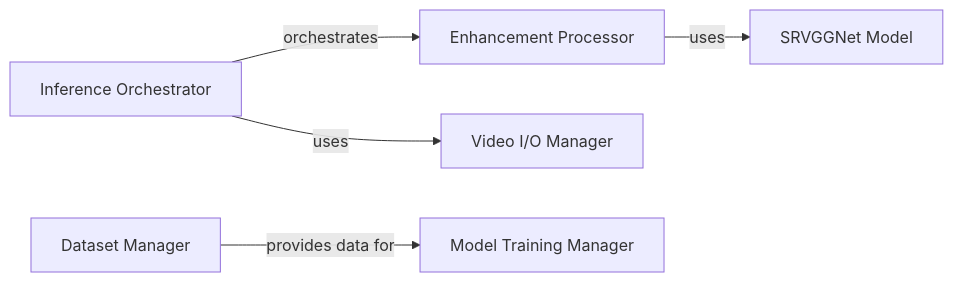
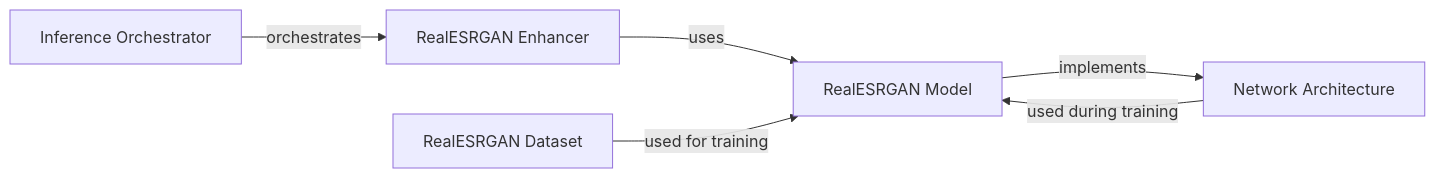
The diagram in Real-ESRGAN/on_boarding.md (CodeBoarding/GeneratedOnBoardings), drawn with Mermaid before and after one commit. The commit also changed other lines of this file and 10 other files, not shown here.

Commit message:
Uploading onboarding materials for Real-ESRGAN

````diff
--- a/Real-ESRGAN/on_boarding.md
+++ b/Real-ESRGAN/on_boarding.md
@@ -1,19 +1,18 @@
 ```mermaid
 graph LR
     Inference_Orchestrator["Inference Orchestrator"]
-    Enhancement_Processor["Enhancement Processor"]
-    SRVGGNet_Model["SRVGGNet Model"]
-    Video_I_O_Manager["Video I/O Manager"]
-    Dataset_Manager["Dataset Manager"]
-    Model_Training_Manager["Model Training Manager"]
-    Inference_Orchestrator -- "orchestrates" --> Enhancement_Processor
-    Inference_Orchestrator -- "uses" --> Video_I_O_Manager
-    Enhancement_Processor -- "uses" --> SRVGGNet_Model
-    Dataset_Manager -- "provides data for" --> Model_Training_Manager
+    RealESRGAN_Enhancer["RealESRGAN Enhancer"]
+    RealESRGAN_Model["RealESRGAN Model"]
+    Network_Architecture["Network Architecture"]
+    RealESRGAN_Dataset["RealESRGAN Dataset"]
+    Inference_Orchestrator -- "orchestrates" --> RealESRGAN_Enhancer
+    RealESRGAN_Enhancer -- "uses" --> RealESRGAN_Model
+    RealESRGAN_Model -- "implements" --> Network_Architecture
+    RealESRGAN_Dataset -- "used for training" --> RealESRGAN_Model
+    Network_Architecture -- "used during training" --> RealESRGAN_Model
     click Inference_Orchestrator href "https://github.com/CodeBoarding/GeneratedOnBoardings/blob/main/Real-ESRGAN/Inference Orchestrator.md" "Details"
-    click Enhancement_Processor href "https://github.com/CodeBoarding/GeneratedOnBoardings/blob/main/Real-ESRGAN/Enhancement Processor.md" "Details"
-    click SRVGGNet_Model href "https://github.com/CodeBoarding/GeneratedOnBoardings/blob/main/Real-ESRGAN/SRVGGNet Model.md" "Details"
-    click Video_I_O_Manager href "https://github.com/CodeBoarding/GeneratedOnBoardings/blob/main/Real-ESRGAN/Video I/O Manager.md" "Details"
-    click Dataset_Manager href "https://github.com/CodeBoarding/GeneratedOnBoardings/blob/main/Real-ESRGAN/Dataset Manager.md" "Details"
-    click Model_Training_Manager href "https://github.com/CodeBoarding/GeneratedOnBoardings/blob/main/Real-ESRGAN/Model Training Manager.md" "Details"
+    click RealESRGAN_Enhancer href "https://github.com/CodeBoarding/GeneratedOnBoardings/blob/main/Real-ESRGAN/RealESRGAN Enhancer.md" "Details"
+    click RealESRGAN_Model href "https://github.com/CodeBoarding/GeneratedOnBoardings/blob/main/Real-ESRGAN/RealESRGAN Model.md" "Details"
+    click Network_Architecture href "https://github.com/CodeBoarding/GeneratedOnBoardings/blob/main/Real-ESRGAN/Network Architecture.md" "Details"
+    click RealESRGAN_Dataset href "https://github.com/CodeBoarding/GeneratedOnBoardings/blob/main/Real-ESRGAN/RealESRGAN Dataset.md" "Details"
 ```
````
